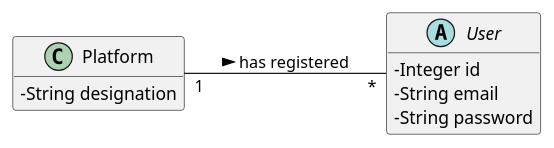
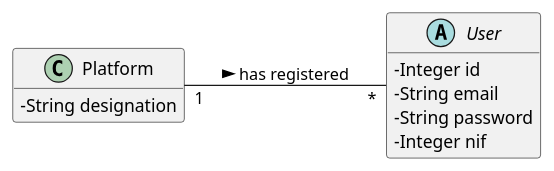
One commit to tiagoavcosta25/LAPR3 changed the diagram in docs/Iteration 1/User Management/US67_Login/US67_DM.puml. Above: the diagram before and after it, drawn with PlantUML. The commit also changed 7 other files, not shown here.

```diff
--- a/docs/Iteration 1/User Management/US67_Login/US67_DM.puml
+++ b/docs/Iteration 1/User Management/US67_Login/US67_DM.puml
@@ -1,21 +1,22 @@
 @startuml
 skinparam classAttributeIconSize 0
 hide methods
 left to right direction
 
 class Platform {
 -   String designation
 }
 
 
 abstract class User{
 -Integer id
 -String email
 -String password
+-Integer nif
 }
 
 
 
 
 Platform "1" -- "*" User : has registered >
 @enduml
```
